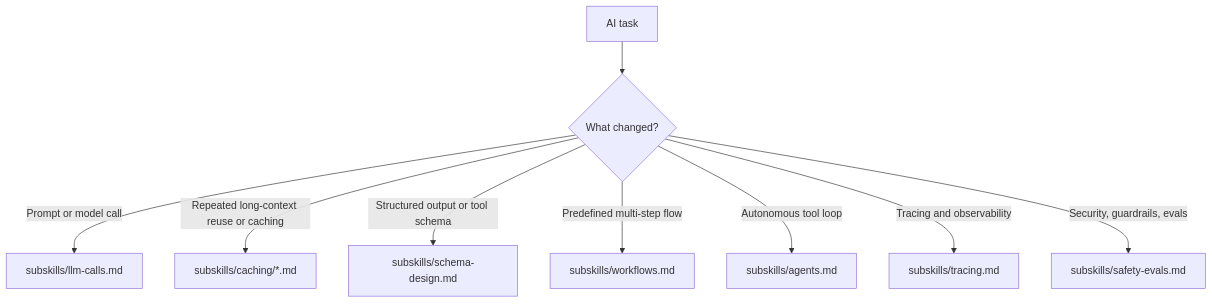
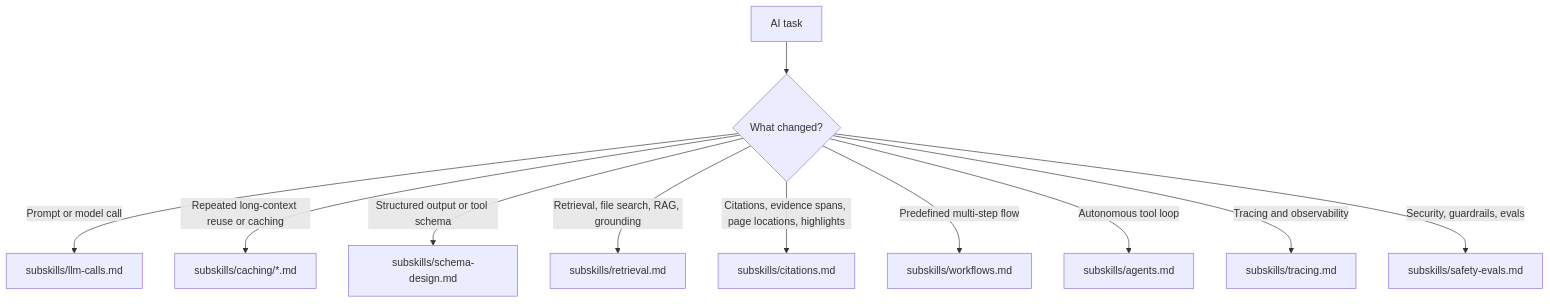
One commit to f-krause/ai-engineering-skills changed the diagram in skills/ai-engineering/SKILL.md. Above: the diagram before and after it, drawn with Mermaid. The commit also changed other lines of this file and 8 other files, not shown here.

Commit message:
adding citations and retrieval skills

````diff
--- a/skills/ai-engineering/SKILL.md
+++ b/skills/ai-engineering/SKILL.md
@@ -23,11 +25,13 @@
 ```mermaid
 flowchart TD
     A[AI task] --> B{What changed?}
     B -->|Prompt or model call| C[subskills/llm-calls.md]
     B -->|Repeated long-context reuse or caching| I[subskills/caching/*.md]
     B -->|Structured output or tool schema| D[subskills/schema-design.md]
+    B -->|Retrieval, file search, RAG, grounding| J[subskills/retrieval.md]
+    B -->|Citations, evidence spans, page locations, highlights| K[subskills/citations.md]
     B -->|Predefined multi-step flow| E[subskills/workflows.md]
     B -->|Autonomous tool loop| F[subskills/agents.md]
     B -->|Tracing and observability| G[subskills/tracing.md]
     B -->|Security, guardrails, evals| H[subskills/safety-evals.md]
 ```
````
